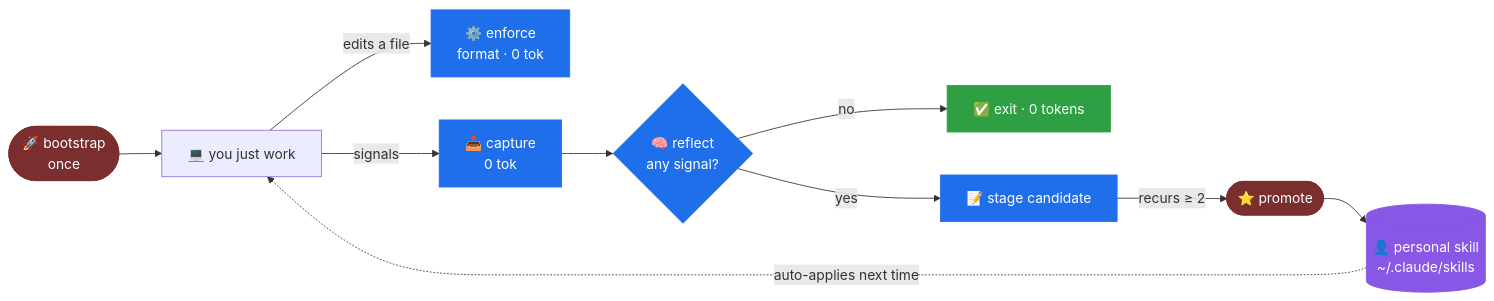
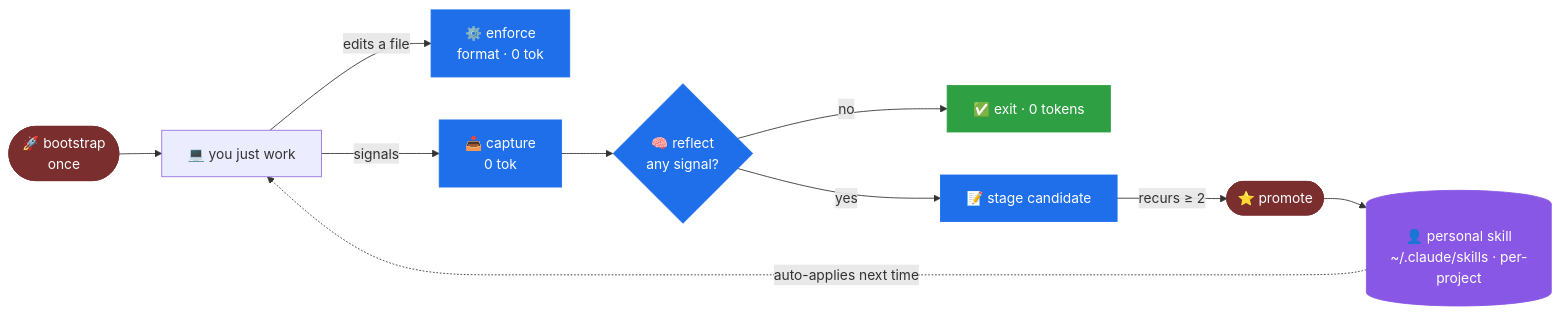
One commit to joeljohn159/skill-loop changed the diagram in README.md. Above: the diagram before and after it, drawn with Mermaid. The commit also changed other lines of this file and 14 other files, not shown here.

First line of the commit message:
v0.3.0: per-project isolation (personal, never pushed)

````diff
--- a/README.md
+++ b/README.md
@@ -50,17 +50,17 @@
 ```mermaid
 flowchart LR
     B([🚀 bootstrap<br/>once]):::cmd --> W[💻 you just work]
     W -->|edits a file| E[⚙️ enforce<br/>format · 0 tok]:::auto
     W -->|signals| C[📥 capture<br/>0 tok]:::auto
     C --> R{🧠 reflect<br/>any signal?}:::auto
     R -->|no| Z[✅ exit · 0 tokens]:::free
     R -->|yes| S[📝 stage candidate]:::auto
     S -->|recurs ≥ 2| P([⭐ promote]):::cmd
-    P --> K[("👤 personal skill<br/>~/.claude/skills")]:::skill
+    P --> K[("👤 personal skill<br/>~/.claude/skills · per-project")]:::skill
     K -.->|auto-applies next time| W
 
     classDef cmd   fill:#7a2e2e,stroke:#7a2e2e,color:#fff
     classDef auto  fill:#1f6feb,stroke:#1f6feb,color:#fff
     classDef free  fill:#2ea043,stroke:#2ea043,color:#fff
     classDef skill fill:#8957e5,stroke:#8957e5,color:#fff
 ```
````
